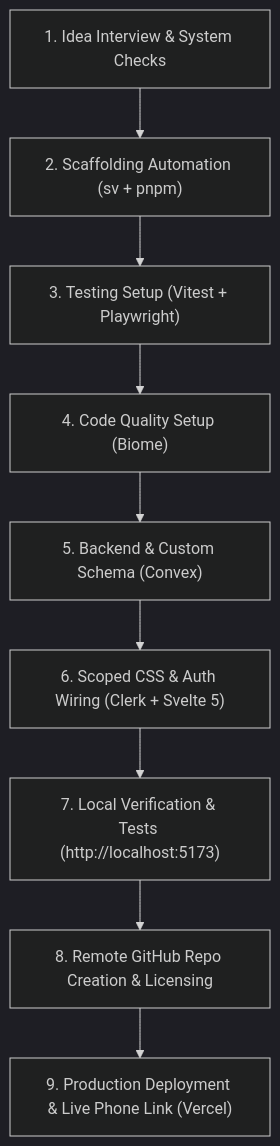
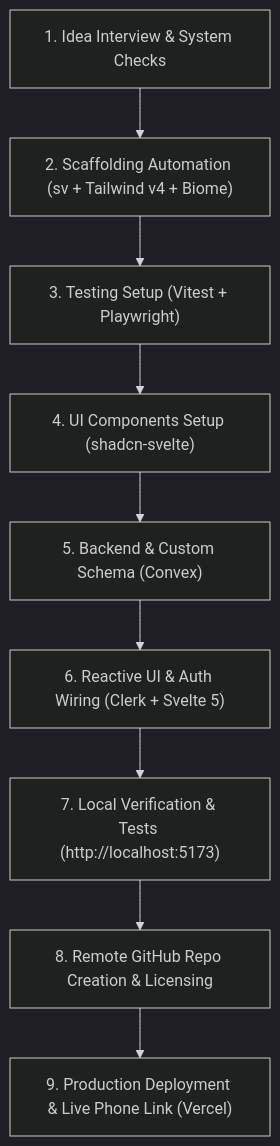
One commit to brychanrobot/overskill changed the diagram in skills/sveltekit-convex-clerk/SKILL.md. Above: the diagram before and after it, drawn with Mermaid (dark theme). The commit also changed other lines of this file and 6 other files, not shown here.

First line of the commit message:
feat: integrate Tailwind CSS v4 and shadcn-svelte UI components

````diff
--- a/skills/sveltekit-convex-clerk/SKILL.md
+++ b/skills/sveltekit-convex-clerk/SKILL.md
@@ -57,11 +58,11 @@
 ```mermaid
 flowchart TD
-    S1["1. Idea Interview & System Checks"] --> S2["2. Scaffolding Automation (sv + pnpm)"]
+    S1["1. Idea Interview & System Checks"] --> S2["2. Scaffolding Automation (sv + Tailwind v4 + Biome)"]
     S2 --> S3["3. Testing Setup (Vitest + Playwright)"]
-    S3 --> S4["4. Code Quality Setup (Biome)"]
+    S3 --> S4["4. UI Components Setup (shadcn-svelte)"]
     S4 --> S5["5. Backend & Custom Schema (Convex)"]
-    S5 --> S6["6. Scoped CSS & Auth Wiring (Clerk + Svelte 5)"]
+    S5 --> S6["6. Reactive UI & Auth Wiring (Clerk + Svelte 5)"]
     S6 --> S7["7. Local Verification & Tests (http://localhost:5173)"]
     S7 --> S8["8. Remote GitHub Repo Creation & Licensing"]
     S8 --> S9["9. Production Deployment & Live Phone Link (Vercel)"]
 ```
````
